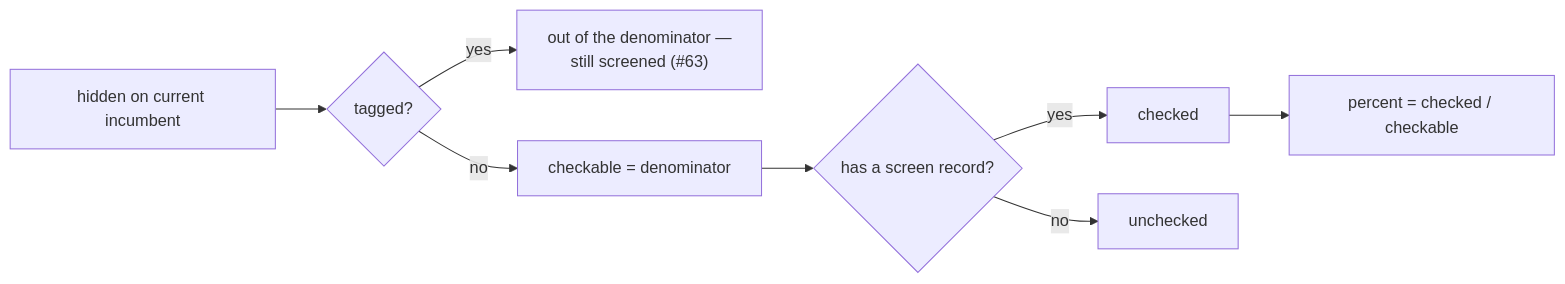
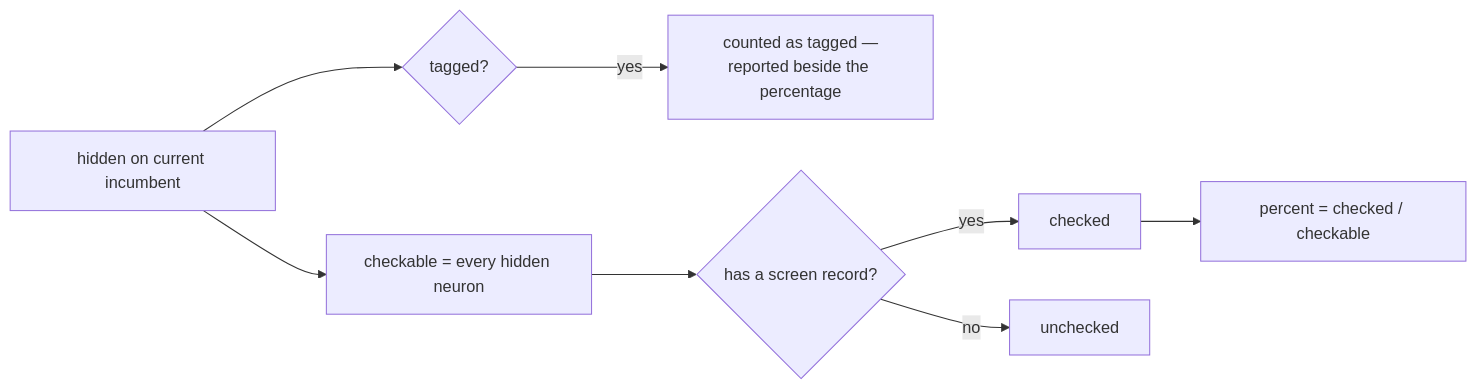
The fourth of 8 diagrams in README.md (stSoftwareAU/NEAT-AI-Ockham), drawn with Mermaid before and after one commit. The commit also changed other lines of this file and 6 other files, not shown here.

First line of the commit message:
🪒 count every hidden neuron in the coverage denominator (Issue #74)

````diff
--- a/README.md
+++ b/README.md
@@ -390,10 +394,10 @@
 ```mermaid
 flowchart LR
-    H["hidden on current incumbent"] --> T{"tagged?"}
-    T -->|yes| K["out of the denominator —<br/>still screened (#63)"]
-    T -->|no| C["checkable = denominator"]
+    H["hidden on current incumbent"] --> C["checkable = every hidden neuron"]
+    H --> T{"tagged?"}
+    T -->|yes| G["counted as tagged —<br/>reported beside the percentage"]
     C --> S{"has a screen record?"}
     S -->|yes| D["checked"]
     S -->|no| U["unchecked"]
     D --> P["percent = checked / checkable"]
 ```
````
